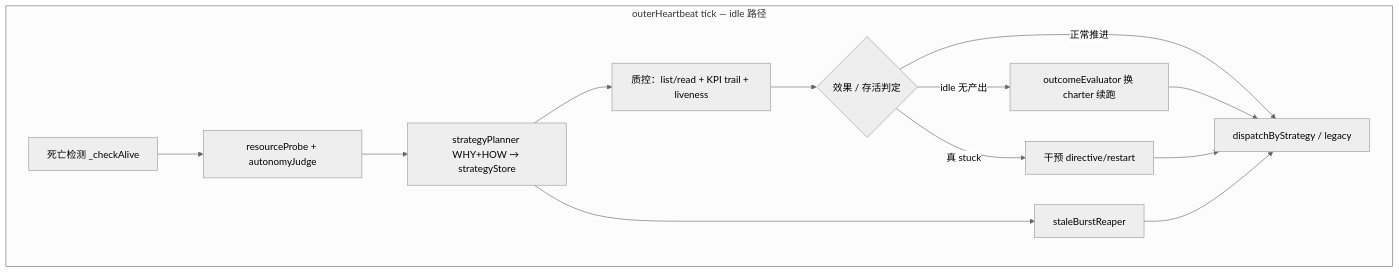
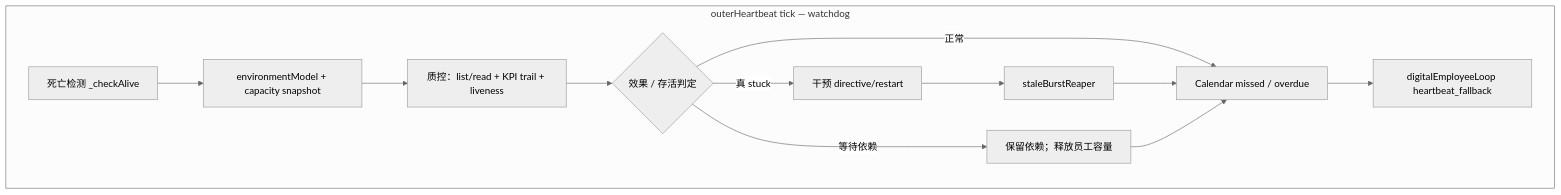
Before and after one commit to shinjiyu/amadues: the diagram in doc/structurizr/OUTER-HEARTBEAT-OVERSIGHT.md, drawn with Mermaid (neutral theme). The commit also changed other lines of this file and 69 other files, not shown here.

First line of the commit message:
feat(autonomy): digital employee loop + chat status commands

````diff
--- a/doc/structurizr/OUTER-HEARTBEAT-OVERSIGHT.md
+++ b/doc/structurizr/OUTER-HEARTBEAT-OVERSIGHT.md
@@ -71,17 +74,16 @@
 ```mermaid
 flowchart TB
-  subgraph tick [outerHeartbeat tick — idle 路径]
+  subgraph tick [outerHeartbeat tick — watchdog]
     D[死亡检测 _checkAlive]
-    P[resourceProbe + autonomyJudge]
-    ST[strategyPlanner WHY+HOW → strategyStore]
+    P[environmentModel + capacity snapshot]
     V[质控：list/read + KPI trail + liveness]
     A{效果 / 存活判定}
     RP[staleBurstReaper]
-    DIS[dispatchByStrategy / legacy]
-    D --> P --> ST --> V --> A
-    A -->|正常推进| DIS
-    A -->|idle 无产出| R[outcomeEvaluator 换 charter 续跑] --> DIS
-    A -->|真 stuck| I[干预 directive/restart] --> DIS
-    ST --> RP --> DIS
+    CAL[Calendar missed / overdue]
+    FB[digitalEmployeeLoop heartbeat_fallback]
+    D --> P --> V --> A
+    A -->|正常| CAL --> FB
+    A -->|真 stuck| I[干预 directive/restart] --> RP --> CAL
+    A -->|等待依赖| W[保留依赖；释放员工容量] --> CAL
   end
 ```
````
